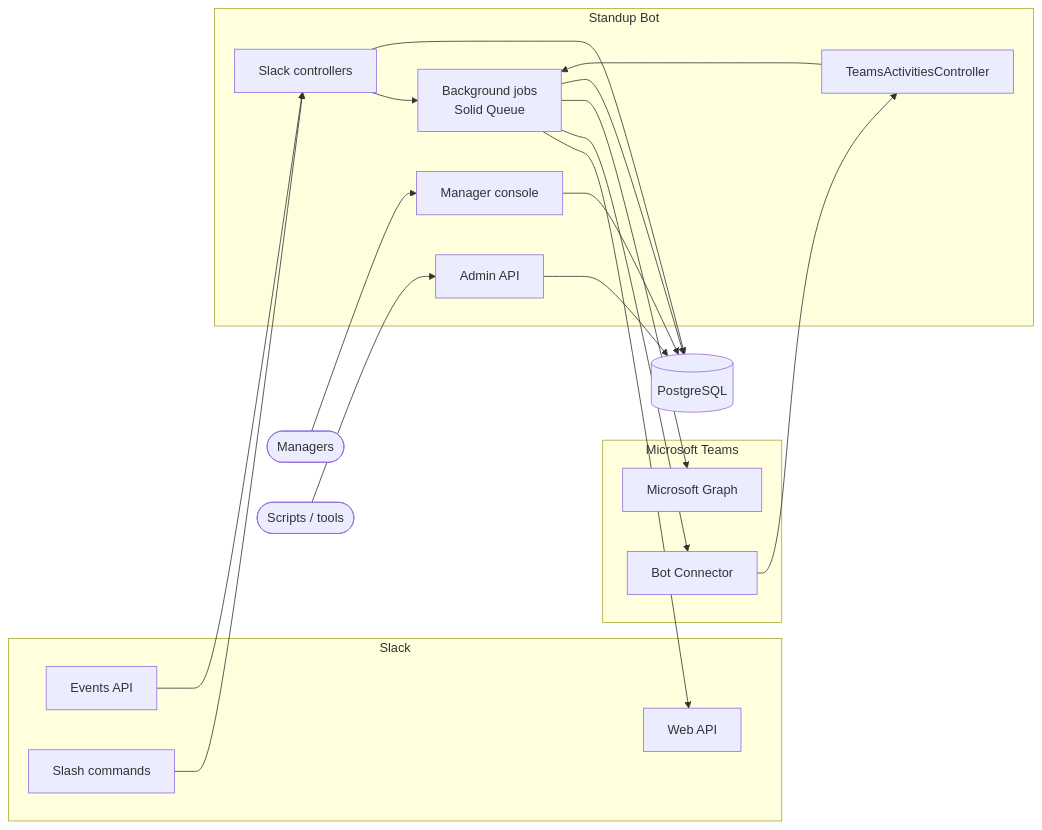
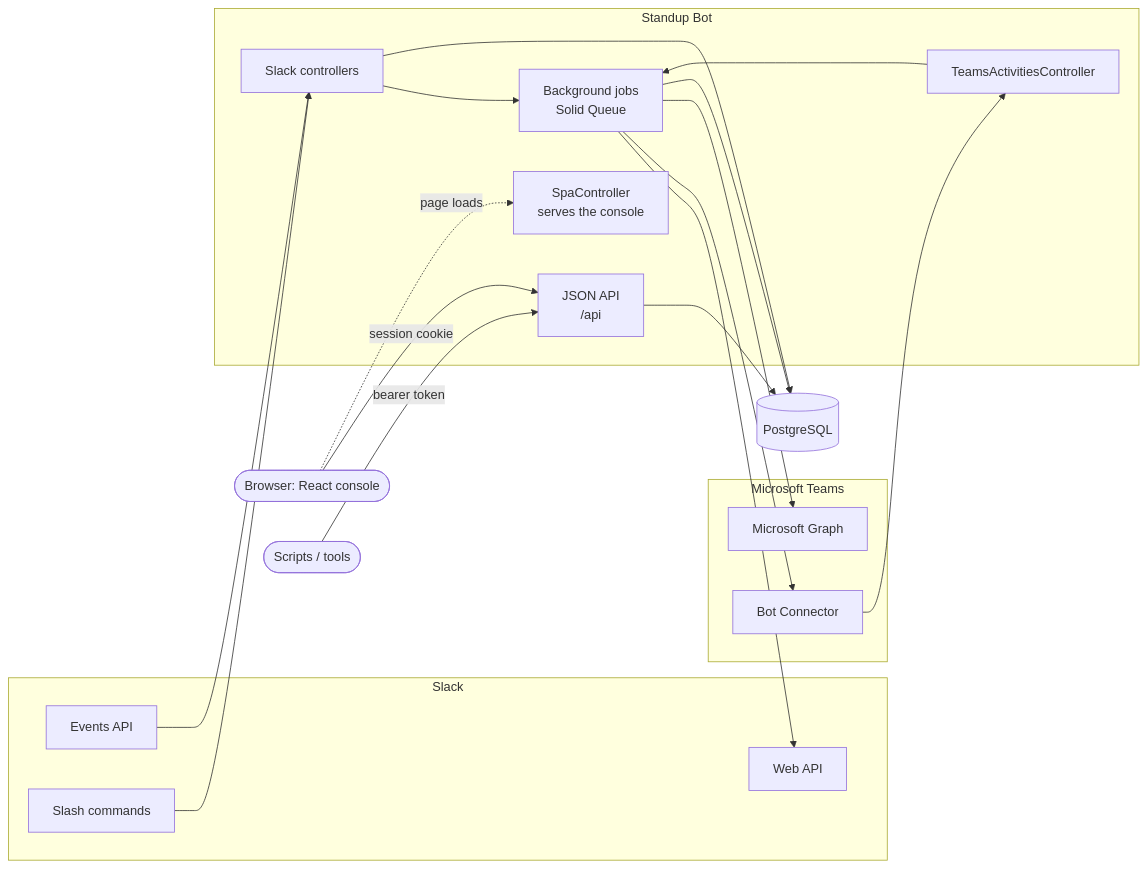
Before and after one commit to mrecachinas/standup-bot: the first of 6 diagrams in docs/architecture.md, drawn with Mermaid. The commit also changed other lines of this file and 80 other files, not shown here.

First line of the commit message:
Remove the ERB console now that the React app replaces it

````diff
--- a/docs/architecture.md
+++ b/docs/architecture.md
@@ -7,38 +7,38 @@
 ```mermaid
 flowchart LR
     subgraph Slack
         EV[Events API]
         SC[Slash commands]
         WEB[Web API]
     end
 
     subgraph Teams[Microsoft Teams]
         BF[Bot Connector]
         GR[Microsoft Graph]
     end
 
     subgraph App[Standup Bot]
         CTRL[Slack controllers]
         TCTRL[TeamsActivitiesController]
-        UI[Manager console]
-        API[Admin API]
+        SPA[SpaController<br/>serves the console]
+        API[JSON API<br/>/api]
         JOBS[Background jobs<br/>Solid Queue]
     end
 
     DB[(PostgreSQL)]
-    MGR([Managers]) --> UI
-    OPS([Scripts / tools]) --> API
+    MGR([Browser: React console]) -->|session cookie| API
+    MGR -.->|page loads| SPA
+    OPS([Scripts / tools]) -->|bearer token| API
 
     EV --> CTRL
     SC --> CTRL
     BF --> TCTRL
     CTRL --> JOBS
     TCTRL --> JOBS
     JOBS --> WEB
     JOBS --> BF
     JOBS --> GR
     CTRL --> DB
-    UI --> DB
     API --> DB
     JOBS --> DB
 ```
````
